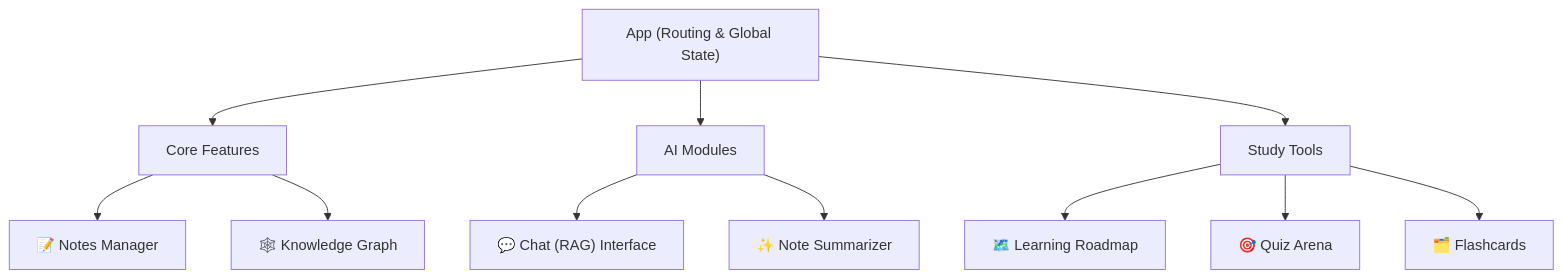
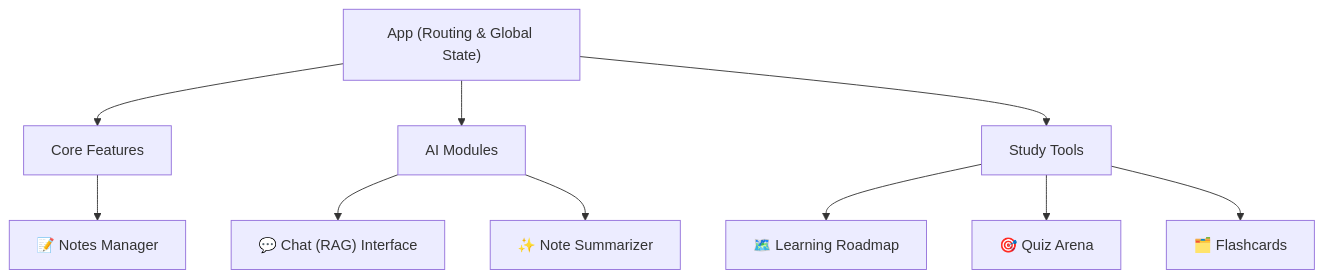
The second of 3 diagrams in README.md (Rajdeep-Mudiar/NotesAppLlmaaCpp), drawn with Mermaid before and after one commit. The commit also changed other lines of this file, not shown here.

````diff
--- a/README.md
+++ b/README.md
@@ -65,17 +130,16 @@
 ```mermaid
 graph TD
     App["App (Routing & Global State)"]
     
     App --> Core["Core Features"]
     Core --> Notes["📝 Notes Manager"]
-    Core --> Graph["🕸️ Knowledge Graph"]
     
     App --> AI["AI Modules"]
     AI --> Chat["💬 Chat (RAG) Interface"]
     AI --> Summarize["✨ Note Summarizer"]
     
     App --> Study["Study Tools"]
     Study --> Roadmap["🗺️ Learning Roadmap"]
     Study --> Quiz["🎯 Quiz Arena"]
     Study --> Flash["🗂️ Flashcards"]
 ```
````
